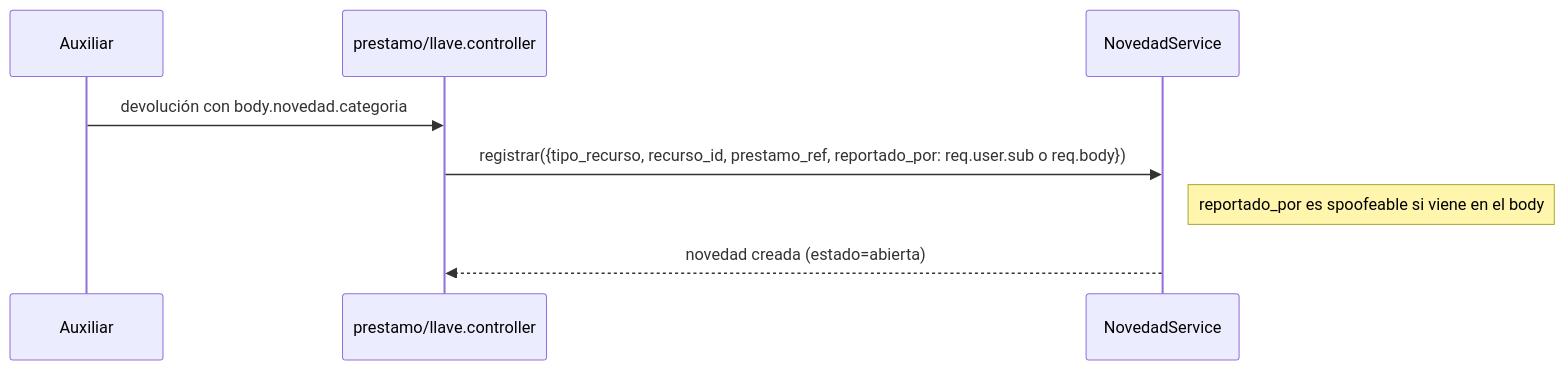
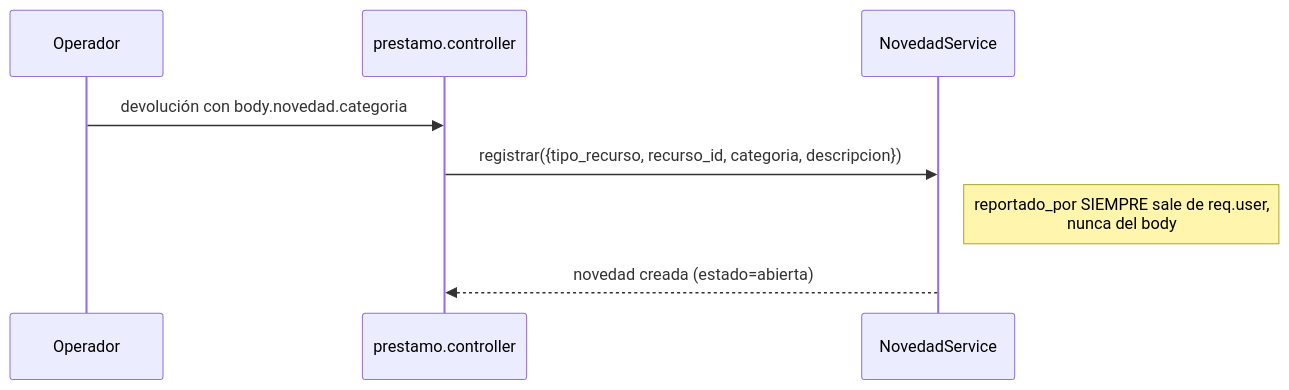
The second of 4 diagrams in analisis/backend/novedades.md (DanielPuertaBernal/LlaveroUCO), drawn with Mermaid before and after one commit. The commit also changed other lines of this file and 23 other files, not shown here.

````diff
--- a/analisis/backend/novedades.md
+++ b/analisis/backend/novedades.md
@@ -53,11 +60,11 @@
 ```mermaid
 sequenceDiagram
-    participant Aux as Auxiliar
-    participant PC as prestamo/llave.controller
+    participant Op as Operador
+    participant PC as prestamo.controller
     participant NS as NovedadService
 
-    Aux->>PC: devolución con body.novedad.categoria
-    PC->>NS: registrar({tipo_recurso, recurso_id, prestamo_ref, reportado_por: req.user.sub o req.body})
-    note right of NS: reportado_por es spoofeable si viene en el body
+    Op->>PC: devolución con body.novedad.categoria
+    PC->>NS: registrar({tipo_recurso, recurso_id, categoria, descripcion})
+    note right of NS: reportado_por SIEMPRE sale de req.user,<br/>nunca del body
     NS-->>PC: novedad creada (estado=abierta)
 ```
````
